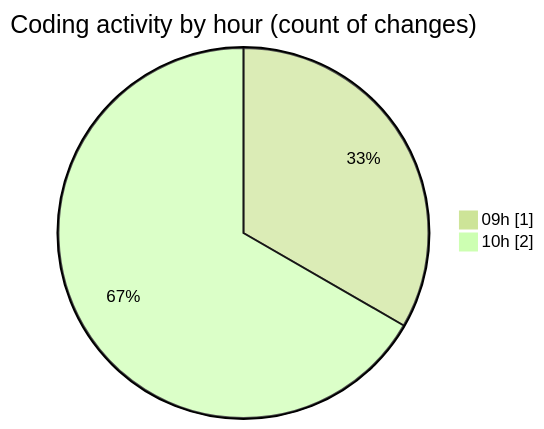
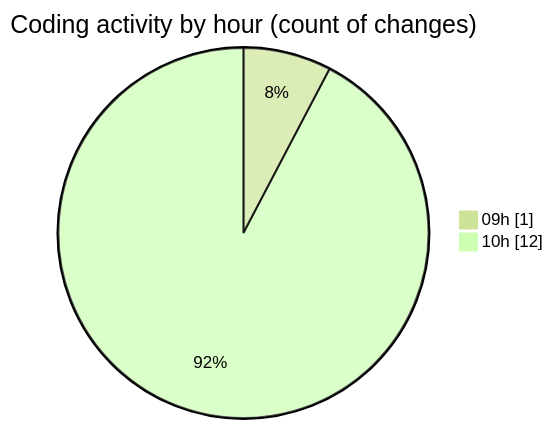
Before and after one commit to momahboobian/code-tracking: the second of 2 diagrams in 2026-04-15/cda/README.md, drawn with Mermaid (forest theme). The commit also changed other lines of this file and 1 other file, not shown here.

````diff
--- a/2026-04-15/cda/README.md
+++ b/2026-04-15/cda/README.md
@@ -28,6 +33,6 @@
 ```mermaid
 pie showData
 title Coding activity by hour (count of changes)
 "09h" : 1
-"10h" : 2
+"10h" : 12
 ```
````
